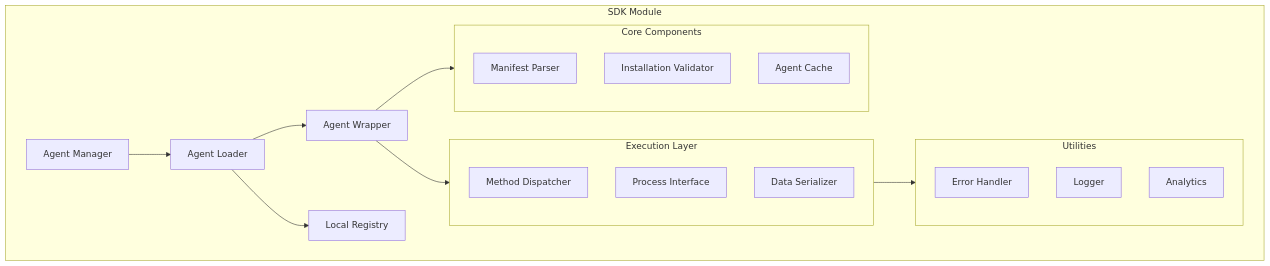
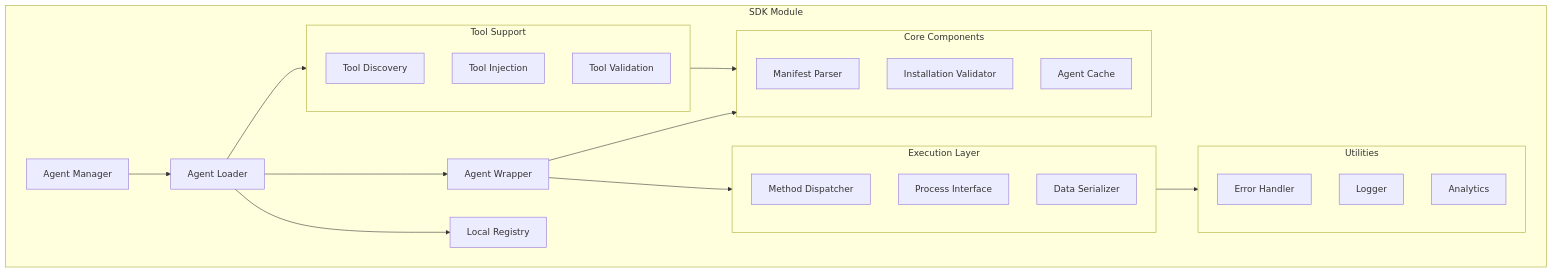
One commit to agentplug/agenthub changed the diagram in docs/.architecture_design/06_sdk_module_design.md. Above: the diagram before and after it, drawn with Mermaid. The commit also changed other lines of this file and 14 other files, not shown here.

Commit message:
add tool management to architecture design

````diff
--- a/docs/.architecture_design/06_sdk_module_design.md
+++ b/docs/.architecture_design/06_sdk_module_design.md
@@ -22,34 +22,42 @@
 ```mermaid
 graph TD
     subgraph SDK["SDK Module"]
         MANAGER[Agent Manager]
         LOADER[Agent Loader]
         WRAPPER[Agent Wrapper]
         REGISTRY[Local Registry]
         
         subgraph CORE["Core Components"]
             MANIFEST[Manifest Parser]
             VALIDATOR[Installation Validator]
             CACHE[Agent Cache]
         end
         
         subgraph EXECUTION["Execution Layer"]
             DISPATCHER[Method Dispatcher]
             PROCESS[Process Interface]
             SERIALIZER[Data Serializer]
         end
         
         subgraph UTILS["Utilities"]
             ERROR[Error Handler]
             LOGGER[Logger]
             ANALYTICS[Analytics]
         end
+        
+        subgraph TOOLS["Tool Support"]
+            TOOL_DISCOVERY[Tool Discovery]
+            TOOL_INJECTION[Tool Injection]
+            TOOL_VALIDATION[Tool Validation]
+        end
     end
     
     MANAGER --> LOADER
     LOADER --> WRAPPER
     LOADER --> REGISTRY
     WRAPPER --> CORE
     WRAPPER --> EXECUTION
     EXECUTION --> UTILS
+    LOADER --> TOOLS
+    TOOLS --> CORE
 ```
````
